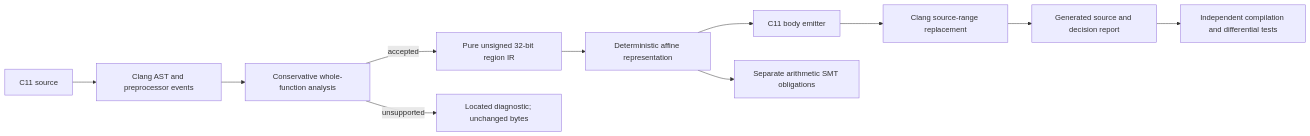
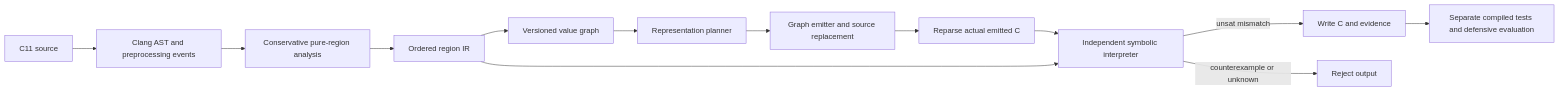
The diagram in docs/architecture.md (DeadKennedyx/C-SRD), drawn with Mermaid before and after one commit. The commit also changed other lines of this file and 56 other files, not shown here.

Commit message:
Implement graph planning, bounded C expansion and defensive evaluation

````diff
--- a/docs/architecture.md
+++ b/docs/architecture.md
@@ -7,13 +8,15 @@
 ```mermaid
 flowchart LR
-    A[C11 source] --> B[Clang AST and preprocessor events]
-    B --> C[Conservative whole-function analysis]
-    C -->|accepted| D[Pure unsigned 32-bit region IR]
-    C -->|unsupported| E[Located diagnostic; unchanged bytes]
-    D --> F[Deterministic affine representation]
-    F --> G[C11 body emitter]
-    G --> H[Clang source-range replacement]
-    H --> I[Generated source and decision report]
-    I --> J[Independent compilation and differential tests]
-    F --> K[Separate arithmetic SMT obligations]
+    A[C11 source] --> B[Clang AST and preprocessing events]
+    B --> C[Conservative pure-region analysis]
+    C --> D[Ordered region IR]
+    D --> E[Versioned value graph]
+    E --> F[Representation planner]
+    F --> G[Graph emitter and source replacement]
+    G --> H[Reparse actual emitted C]
+    H --> I[Independent symbolic interpreter]
+    D --> I
+    I -->|unsat mismatch| J[Write C and evidence]
+    I -->|counterexample or unknown| K[Reject output]
+    J --> L[Separate compiled tests and defensive evaluation]
 ```
````
